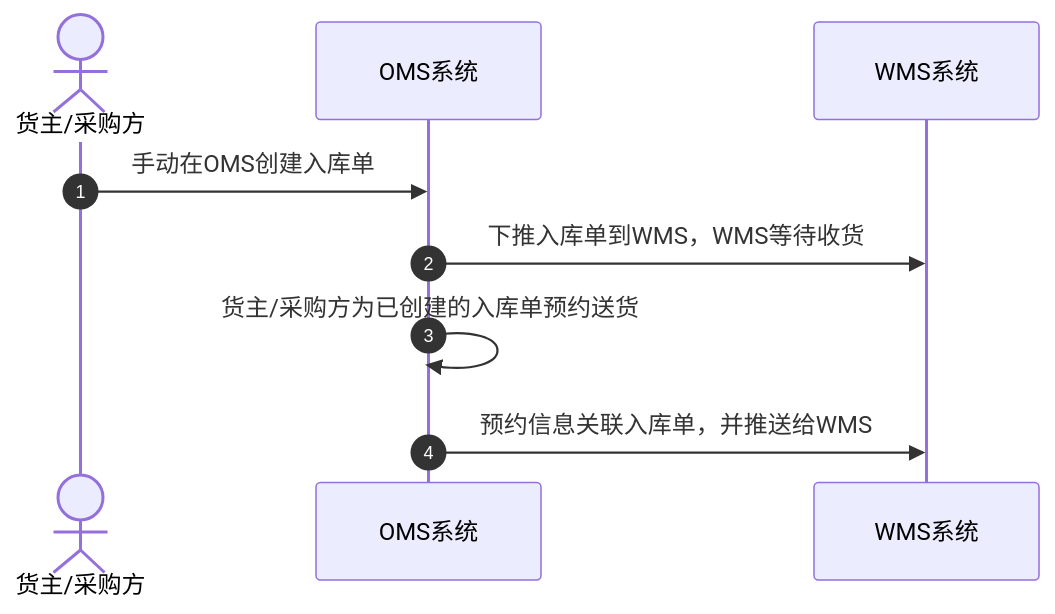
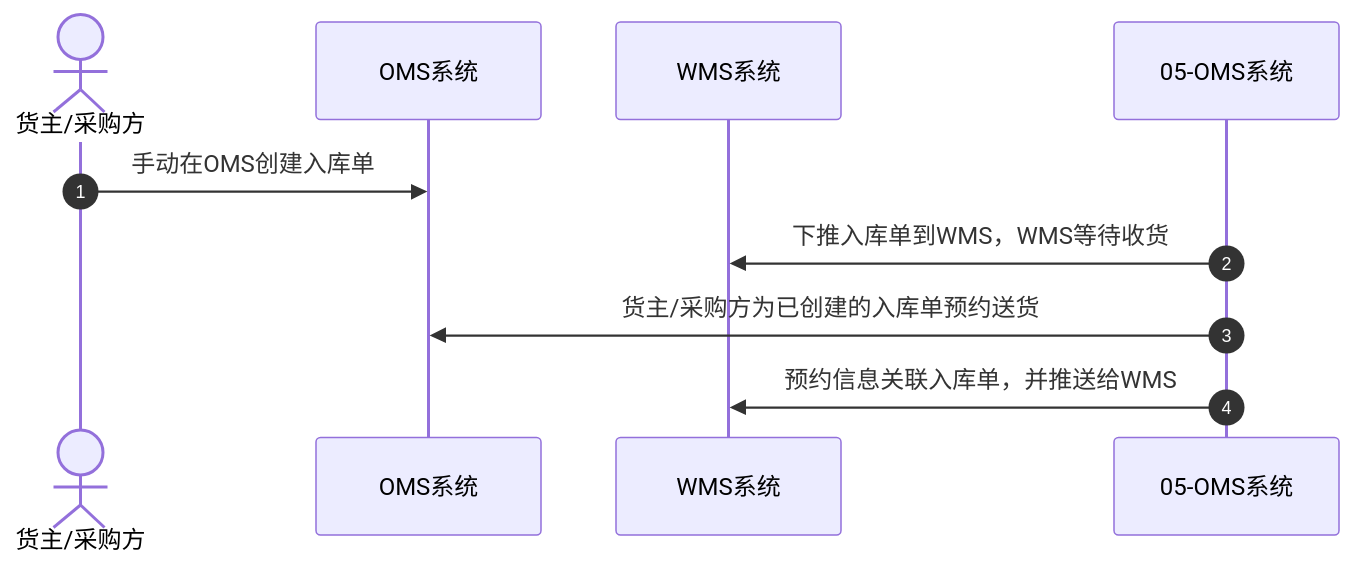
One commit to chao1927/scm changed the first of 3 diagrams in 供应链系统资料/维他命_产品私享课/跨境供应链_海外仓OTWB项目实战/第八章_跨境电商&供应链相关知识介绍/8.9_拆解仓库的送仓预约业务.md. Above: the diagram before and after it, drawn with Mermaid. The commit also changed other lines of this file and 284 other files, not shown here.

````diff
--- a/供应链系统资料/维他命_产品私享课/跨境供应链_海外仓OTWB项目实战/第八章_跨境电商&供应链相关知识介绍/8.9_拆解仓库的送仓预约业务.md
+++ b/供应链系统资料/维他命_产品私享课/跨境供应链_海外仓OTWB项目实战/第八章_跨境电商&供应链相关知识介绍/8.9_拆解仓库的送仓预约业务.md
@@ -95,12 +95,12 @@
 ```mermaid
 sequenceDiagram
 		autonumber
     actor 货主/采购方
     participant OMS系统
     participant WMS系统
 
     货主/采购方->>OMS系统: 手动在OMS创建入库单
-		OMS系统->>WMS系统: 下推入库单到WMS，WMS等待收货
-		OMS系统->>OMS系统: 货主/采购方为已创建的入库单预约送货
-		OMS系统->>WMS系统: 预约信息关联入库单，并推送给WMS
+		05-OMS系统->>WMS系统: 下推入库单到WMS，WMS等待收货
+		05-OMS系统->>OMS系统: 货主/采购方为已创建的入库单预约送货
+		05-OMS系统->>WMS系统: 预约信息关联入库单，并推送给WMS
 ```
````
